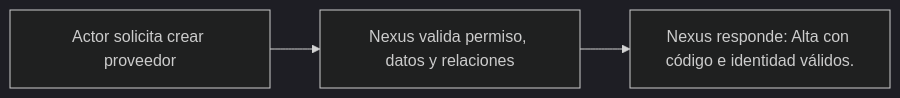
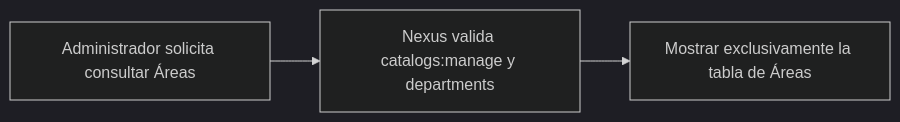
One commit to gpgsistemas01/nexus changed the diagram in docs/requirements/diagrams/catalogs/cu-cat-10.md. Above: the diagram before and after it, drawn with Mermaid (dark theme). The commit also changed other lines of this file and 287 other files, not shown here.

````diff
--- a/docs/requirements/diagrams/catalogs/cu-cat-10.md
+++ b/docs/requirements/diagrams/catalogs/cu-cat-10.md
@@ -3,5 +3,5 @@
 ```mermaid
 flowchart LR
-    request["Actor solicita crear proveedor"] --> validate["Nexus valida permiso, datos y relaciones"]
-    validate --> result["Nexus responde: Alta con código e identidad válidos."]
+    request["Administrador solicita consultar Áreas"] --> authorize["Nexus valida catalogs:manage y departments"]
+    authorize --> result["Mostrar exclusivamente la tabla de Áreas"]
 ```
````
